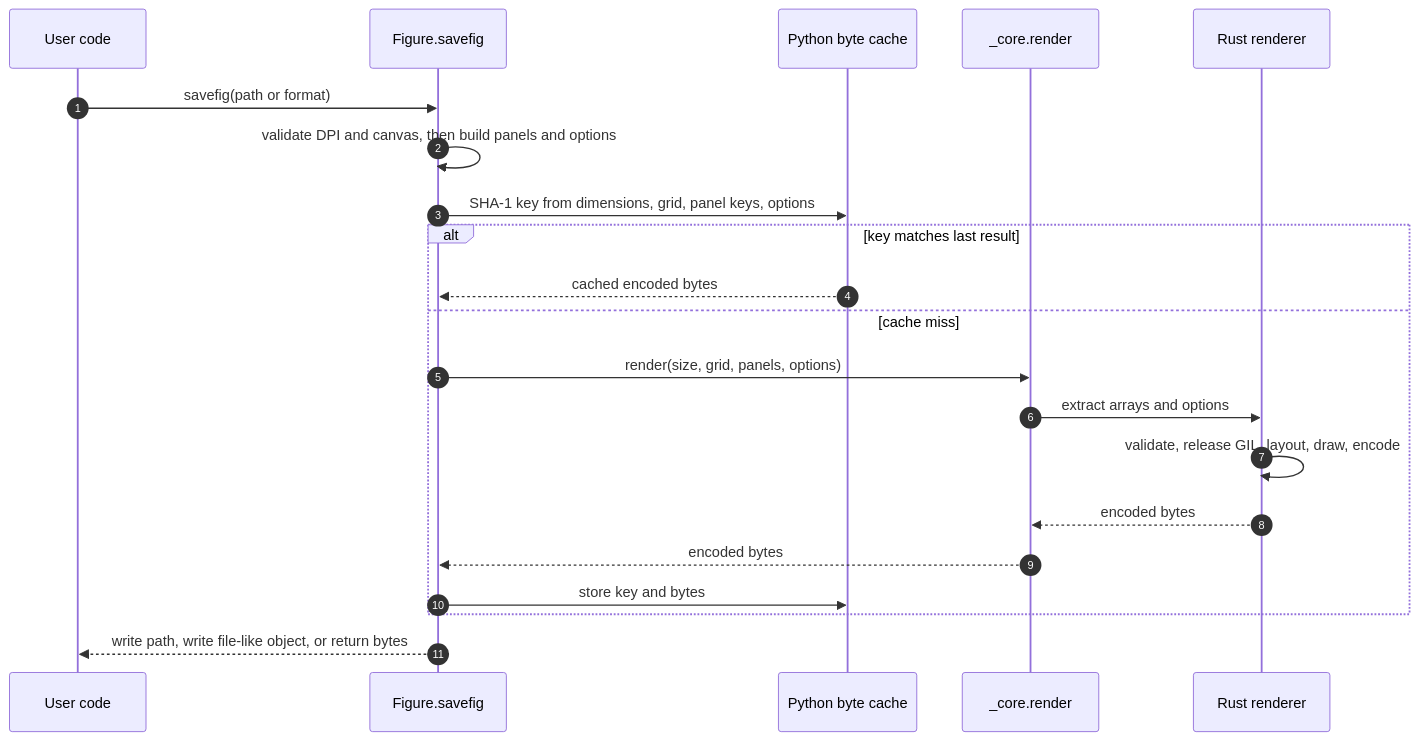
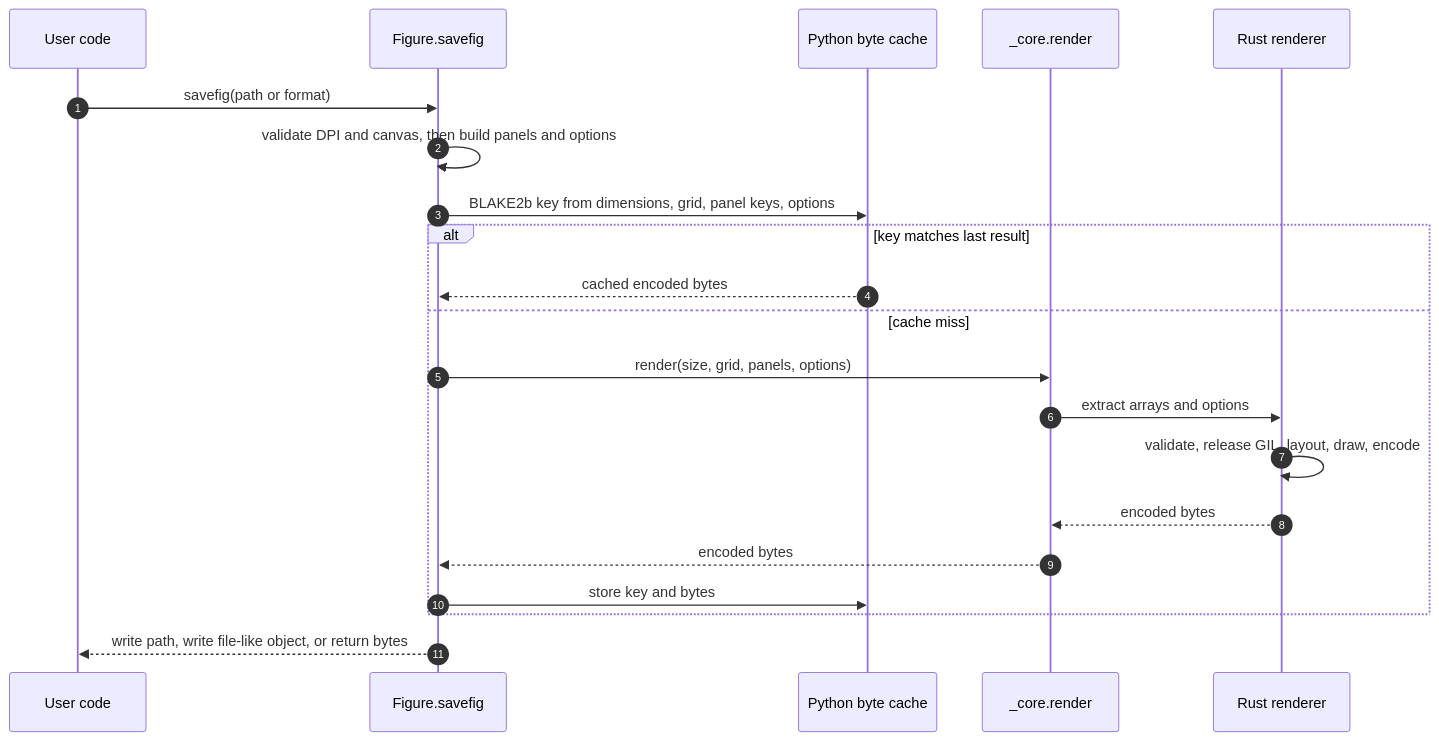
The second of 3 diagrams in architecture.md (kassoulet/matplotvite), drawn with Mermaid before and after one commit. The commit also changed other lines of this file and 3 other files, not shown here.

````diff
--- a/architecture.md
+++ b/architecture.md
@@ -88,24 +88,24 @@
 ```mermaid
 sequenceDiagram
     autonumber
     participant U as User code
     participant F as Figure.savefig
     participant C as Python byte cache
     participant B as _core.render
     participant R as Rust renderer
 
     U->>F: savefig(path or format)
     F->>F: validate DPI and canvas, then build panels and options
-    F->>C: SHA-1 key from dimensions, grid, panel keys, options
+    F->>C: BLAKE2b key from dimensions, grid, panel keys, options
     alt key matches last result
         C-->>F: cached encoded bytes
     else cache miss
         F->>B: render(size, grid, panels, options)
         B->>R: extract arrays and options
         R->>R: validate, release GIL, layout, draw, encode
         R-->>B: encoded bytes
         B-->>F: encoded bytes
         F->>C: store key and bytes
     end
     F-->>U: write path, write file-like object, or return bytes
 ```
````
